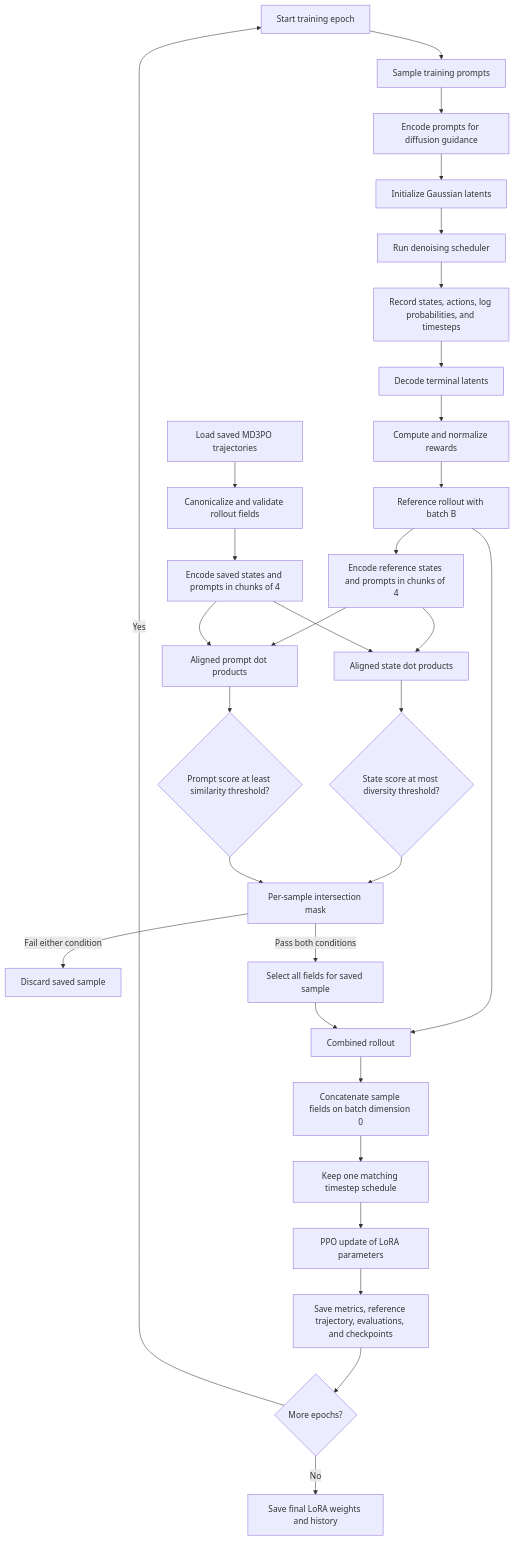
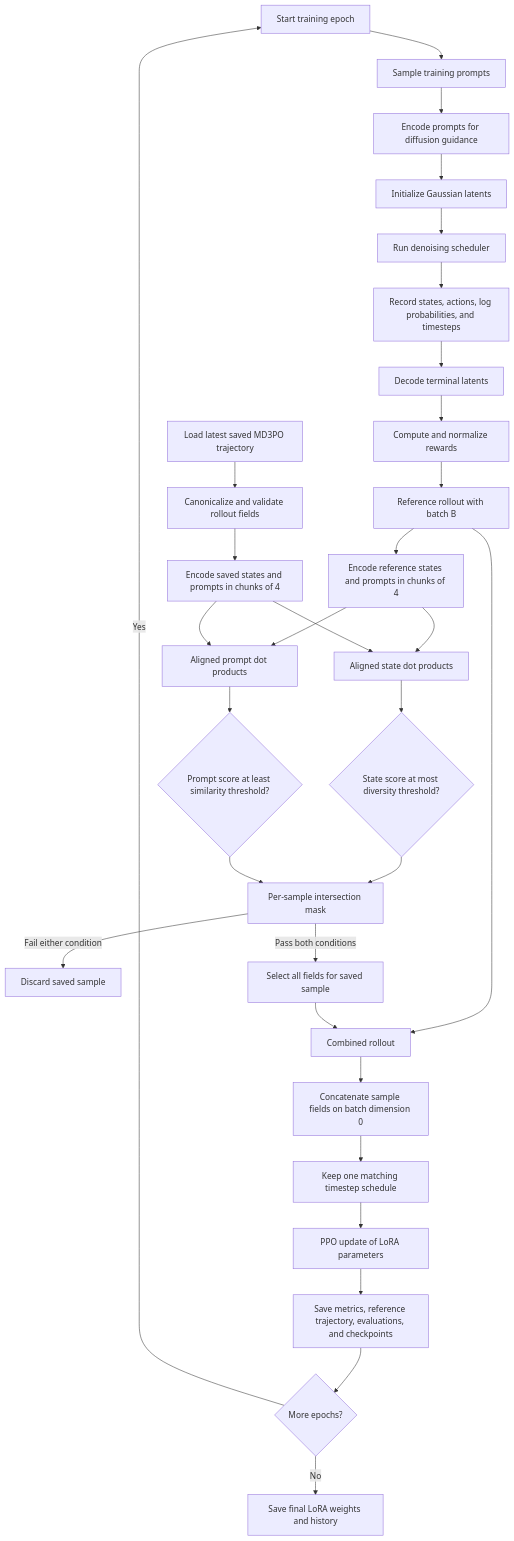
One commit to amuraddd/clover changed the first of 2 diagrams in clover/baselines/README_MD3PO.md. Above: the diagram before and after it, drawn with Mermaid. The commit also changed other lines of this file and 9 other files, not shown here.

````diff
--- a/clover/baselines/README_MD3PO.md
+++ b/clover/baselines/README_MD3PO.md
@@ -40,36 +40,36 @@
 ```mermaid
 flowchart TD
     A[Start training epoch] --> B[Sample training prompts]
     B --> C[Encode prompts for diffusion guidance]
     C --> D[Initialize Gaussian latents]
     D --> E[Run denoising scheduler]
     E --> F[Record states, actions, log probabilities, and timesteps]
     F --> G[Decode terminal latents]
     G --> H[Compute and normalize rewards]
     H --> R[Reference rollout with batch B]
 
-    T[Load saved MD3PO trajectories] --> N[Canonicalize and validate rollout fields]
+    T[Load latest saved MD3PO trajectory] --> N[Canonicalize and validate rollout fields]
     R --> RE[Encode reference states and prompts in chunks of 4]
     N --> SE[Encode saved states and prompts in chunks of 4]
     RE --> DS[Aligned state dot products]
     SE --> DS
     RE --> PS[Aligned prompt dot products]
     SE --> PS
 
     DS --> DF{State score at most diversity threshold?}
     PS --> PF{Prompt score at least similarity threshold?}
     DF --> M[Per-sample intersection mask]
     PF --> M
     M -->|Fail either condition| X[Discard saved sample]
     M -->|Pass both conditions| K[Select all fields for saved sample]
 
     R --> CB[Combined rollout]
     K --> CB
     CB --> SH[Concatenate sample fields on batch dimension 0]
     SH --> TS[Keep one matching timestep schedule]
     TS --> P[PPO update of LoRA parameters]
     P --> O[Save metrics, reference trajectory, evaluations, and checkpoints]
     O --> Z{More epochs?}
     Z -->|Yes| A
     Z -->|No| Q[Save final LoRA weights and history]
 ```
````
